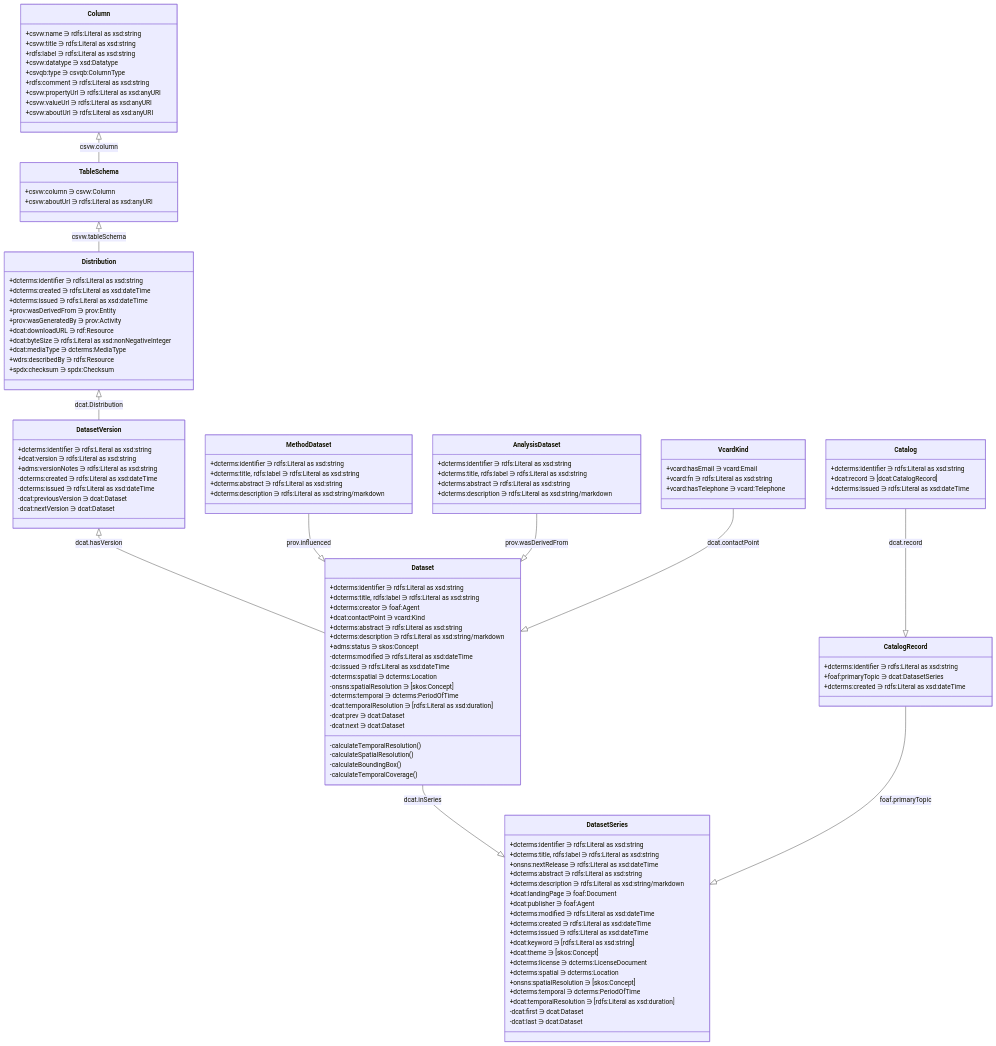
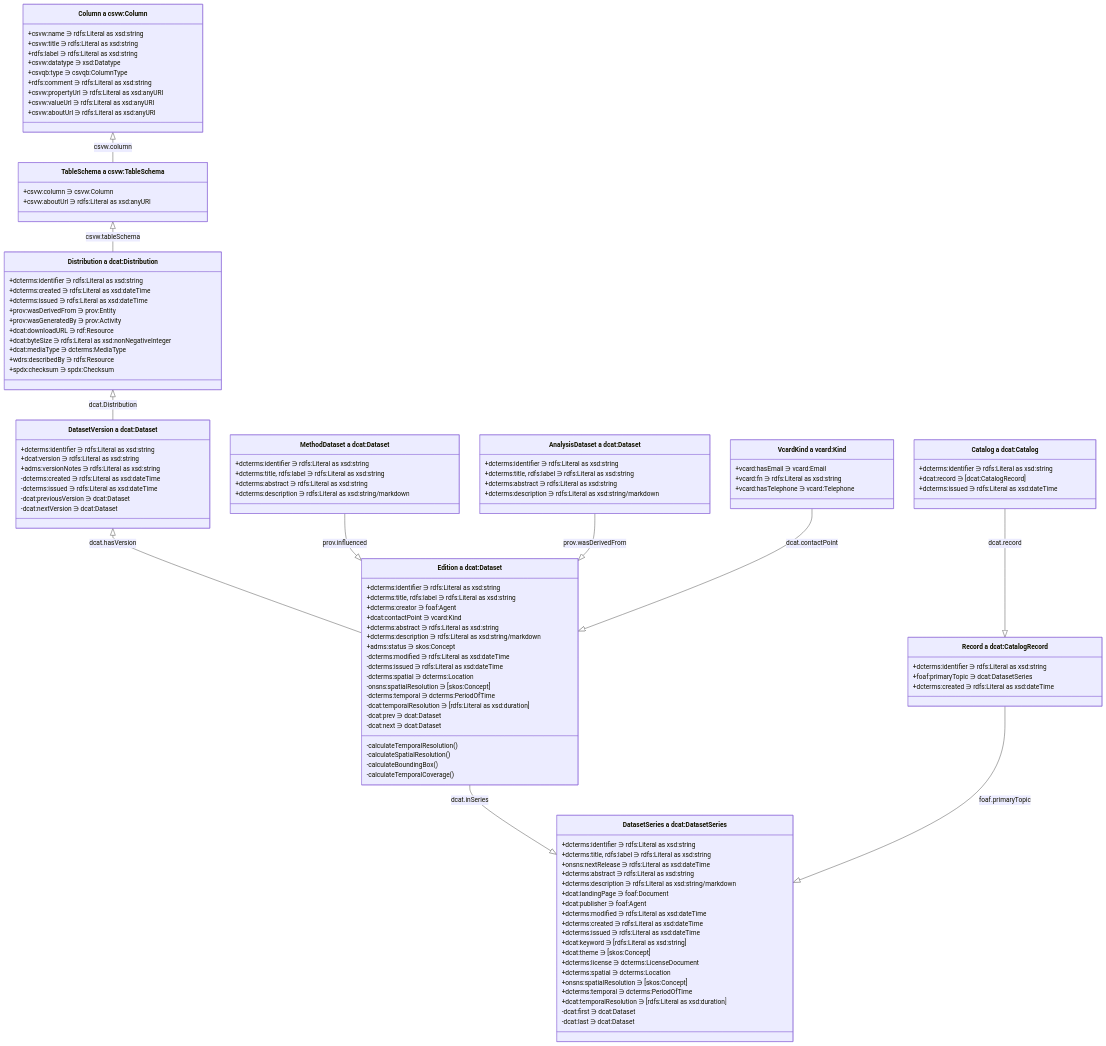
Before and after one commit to ONSdigital/application-profile: the diagram in worked-examples/json_ld_object_model.md, drawn with Mermaid.

Commit message:
Further object model changes

```diff
--- a/worked-examples/json_ld_object_model.md
+++ b/worked-examples/json_ld_object_model.md
@@ -4,36 +4,35 @@
 
 
 classDiagram
-
 Distribution <|-- DatasetVersion : dcat.Distribution 
-DatasetVersion <|-- Dataset : dcat.hasVersion
-Dataset --|> DatasetSeries : dcat.inSeries 
+DatasetVersion <|-- Edition : dcat.hasVersion
+Edition --|> DatasetSeries : dcat.inSeries 
 CatalogRecord --|> DatasetSeries : foaf.primaryTopic
 Catalog --|> CatalogRecord : dcat.record
-MethodDataset --|> Dataset : prov.influenced
-AnalysisDataset --|> Dataset : prov.wasDerivedFrom
-VcardKind --|> Dataset : dcat.contactPoint
+MethodDataset --|> Edition : prov.influenced
+AnalysisDataset --|> Edition : prov.wasDerivedFrom
+VcardKind --|> Edition : dcat.contactPoint
 TableSchema <|-- Distribution : csvw.tableSchema
 Column <|-- TableSchema : csvw.column
 
-class Catalog {
+class Catalog["Catalog a dcat:Catalog"] {
     +dcterms:identifier ∋ rdfs:Literal as xsd:string
     +dcat:record ∋ [dcat:CatalogRecord]
     +dcterms:issued ∋ rdfs:Literal as xsd:dateTime
 }
 
-class CatalogRecord {
+class CatalogRecord["Record a dcat:CatalogRecord"] {
     +dcterms:identifier ∋ rdfs:Literal as xsd:string
     +foaf:primaryTopic ∋ dcat:DatasetSeries
     +dcterms:created ∋ rdfs:Literal as xsd:dateTime
 }
 
-class TableSchema {
+class TableSchema["TableSchema a csvw:TableSchema"] {
     +csvw:column ∋ csvw:Column
     +csvw:aboutUrl ∋ rdfs:Literal as xsd:anyURI
 }
 
-class Column {
+class Column["Column a csvw:Column"] {
     +csvw:name ∋ rdfs:Literal as xsd:string
     +csvw:title ∋ rdfs:Literal as xsd:string
     +rdfs:label ∋ rdfs:Literal as xsd:string
@@ -45,7 +44,7 @@
     +csvw:aboutUrl ∋ rdfs:Literal as xsd:anyURI
 }
 
-class Dataset {
+class Edition["Edition a dcat:Dataset"] {
     +dcterms:identifier ∋ rdfs:Literal as xsd:string
     +dcterms:title, rdfs:label ∋ rdfs:Literal as xsd:string
     +dcterms:creator ∋ foaf:Agent
@@ -54,7 +53,7 @@
     +dcterms:description ∋ rdfs:Literal as xsd:string/markdown
     +adms:status ∋ skos:Concept
     -dcterms:modified ∋ rdfs:Literal as xsd:dateTime
-    -dc:issued ∋ rdfs:Literal as xsd:dateTime
+    -dcterms:issued ∋ rdfs:Literal as xsd:dateTime
     -dcterms:spatial ∋ dcterms:Location
     -onsns:spatialResolution ∋ [skos:Concept]
     -dcterms:temporal ∋ dcterms:PeriodOfTime
@@ -67,13 +66,13 @@
     -calculateTemporalCoverage()    
 }
 
-class VcardKind {
+class VcardKind["VcardKind a vcard:Kind"] {
     +vcard:hasEmail ∋ vcard:Email
     +vcard:fn ∋ rdfs:Literal as xsd:string
     +vcard:hasTelephone ∋ vcard:Telephone
 }
 
-class Distribution {
+class Distribution["Distribution a dcat:Distribution"] {
     +dcterms:identifier ∋ rdfs:Literal as xsd:string
     +dcterms:created ∋ rdfs:Literal as xsd:dateTime
     +dcterms:issued ∋ rdfs:Literal as xsd:dateTime
@@ -86,7 +85,7 @@
     +spdx:checksum ∋ spdx:Checksum
 }
 
-class DatasetVersion {
+class DatasetVersion["DatasetVersion a dcat:Dataset"] {
     +dcterms:identifier ∋ rdfs:Literal as xsd:string
     +dcat:version ∋ rdfs:Literal as xsd:string
     +adms:versionNotes ∋ rdfs:Literal as xsd:string
@@ -97,7 +96,7 @@
 
 }
 
-class DatasetSeries {
+class DatasetSeries["DatasetSeries a dcat:DatasetSeries"] {
     +dcterms:identifier ∋ rdfs:Literal as xsd:string
     +dcterms:title, rdfs:label ∋ rdfs:Literal as xsd:string
     +onsns:nextRelease ∋ rdfs:Literal as xsd:dateTime
@@ -120,14 +119,14 @@
 
 }
 
-class MethodDataset~Dataset~ {
+class MethodDataset["MethodDataset a dcat:Dataset"]{
     +dcterms:identifier ∋ rdfs:Literal as xsd:string
     +dcterms:title, rdfs:label ∋ rdfs:Literal as xsd:string
     +dcterms:abstract ∋ rdfs:Literal as xsd:string
     +dcterms:description ∋ rdfs:Literal as xsd:string/markdown
 }
 
-class AnalysisDataset~Dataset~ {
+class AnalysisDataset["AnalysisDataset a dcat:Dataset"] {
     +dcterms:identifier ∋ rdfs:Literal as xsd:string
     +dcterms:title, rdfs:label ∋ rdfs:Literal as xsd:string
     +dcterms:abstract ∋ rdfs:Literal as xsd:string
```
